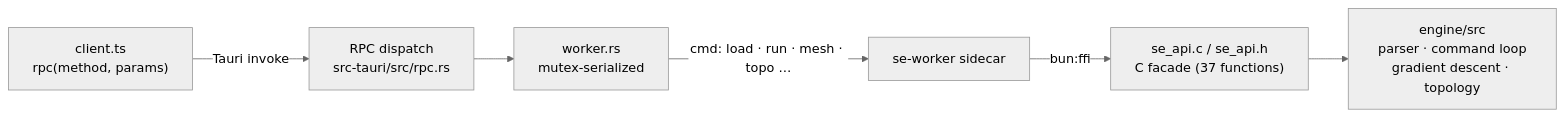
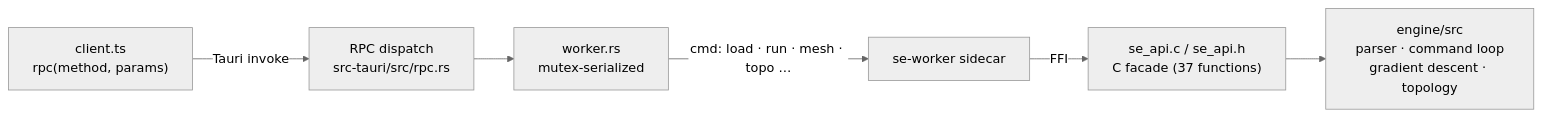
The second of 2 diagrams in README.md (sersergious/surface-evolver), drawn with Mermaid (neutral theme) before and after one commit. The commit also changed other lines of this file and 8 other files, not shown here.

````diff
--- a/README.md
+++ b/README.md
@@ -62,8 +62,8 @@
 ```mermaid
 flowchart LR
     View["client.ts<br/>rpc(method, params)"] -->|"Tauri invoke"| RPC["RPC dispatch<br/>src-tauri/src/rpc.rs"]
     RPC --> Mgr["worker.rs<br/>mutex-serialized"]
     Mgr -->|"cmd: load · run · mesh · topo …"| Worker["se-worker sidecar"]
-    Worker -->|"bun:ffi"| Facade["se_api.c / se_api.h<br/>C facade (37 functions)"]
+    Worker -->|"FFI"| Facade["se_api.c / se_api.h<br/>C facade (37 functions)"]
     Facade --> Core["engine/src<br/>parser · command loop<br/>gradient descent · topology"]
 ```
````
